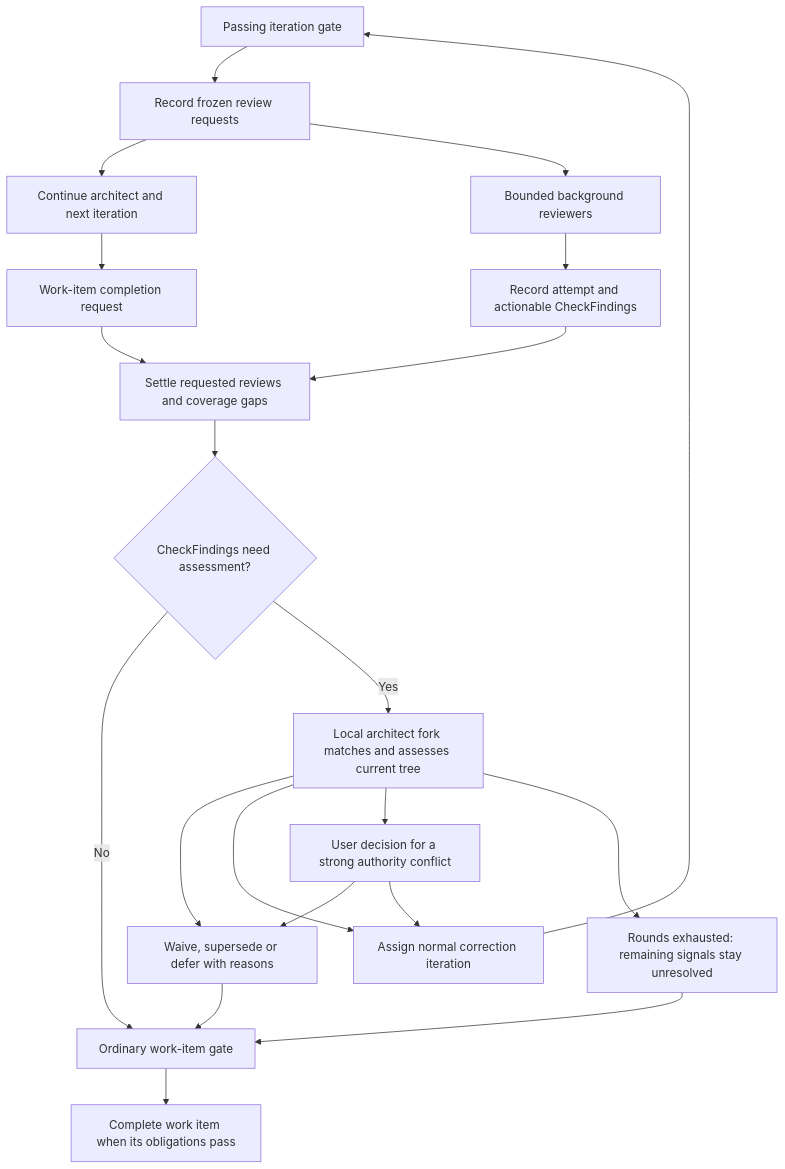
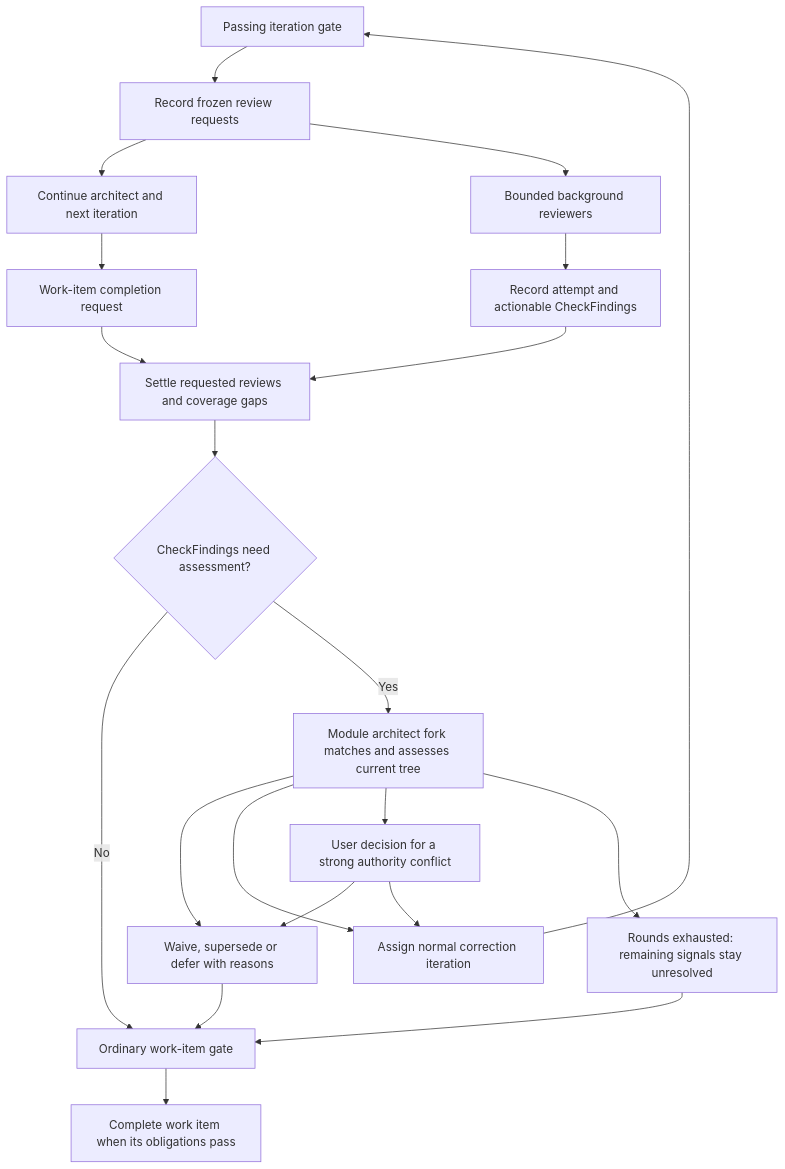
The diagram in docs/architecture/check-findings.md (danmaz74/ramify-agent), drawn with Mermaid before and after one commit. The commit also changed other lines of this file and 260 other files, not shown here.

````diff
--- a/docs/architecture/check-findings.md
+++ b/docs/architecture/check-findings.md
@@ -408,23 +408,23 @@
 ```mermaid
 flowchart TD
     G[Passing iteration gate] --> Q[Record frozen review requests]
     Q --> N[Continue architect and next iteration]
     Q --> R[Bounded background reviewers]
     R --> A[Record attempt and actionable CheckFindings]
     N --> C[Work-item completion request]
     C --> S[Settle requested reviews and coverage gaps]
     A --> S
     S --> O{CheckFindings need assessment?}
     O -- No --> W[Ordinary work-item gate]
-    O -- Yes --> L[Local architect fork matches and assesses current tree]
+    O -- Yes --> L[Module architect fork matches and assesses current tree]
     L --> D[Waive, supersede or defer with reasons]
     D --> W
     L --> E[Assign normal correction iteration]
     E --> G
     L --> U[User decision for a strong authority conflict]
     U --> D
     U --> E
     L --> X[Rounds exhausted: remaining signals stay unresolved]
     X --> W
     W --> F[Complete work item when its obligations pass]
 ```
````
